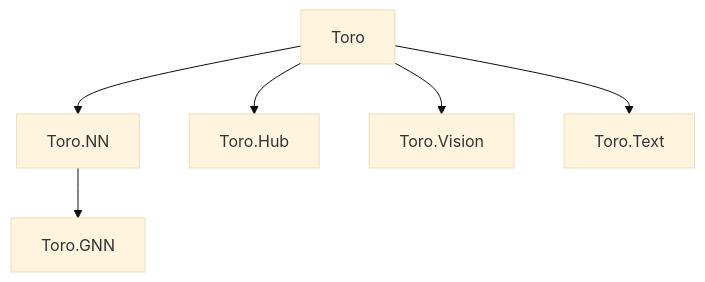
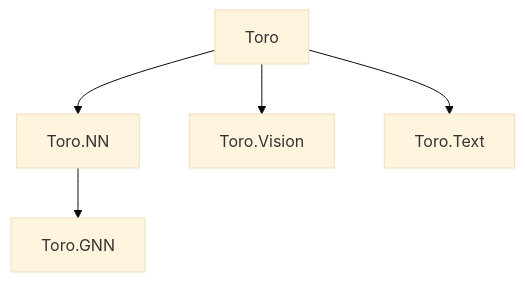
One commit to toro-ml/toro changed the diagram in CODEMAP.md. Above: the diagram before and after it, drawn with Mermaid (base theme). The commit also changed other lines of this file and 44 other files, not shown here.

````diff
--- a/CODEMAP.md
+++ b/CODEMAP.md
@@ -9,8 +9,7 @@
 ```mermaid
 flowchart TD
     Toro --> Toro.NN
-    Toro --> Toro.Hub
     Toro --> Toro.Vision
     Toro --> Toro.Text
     Toro.NN --> Toro.GNN
 ```
````
